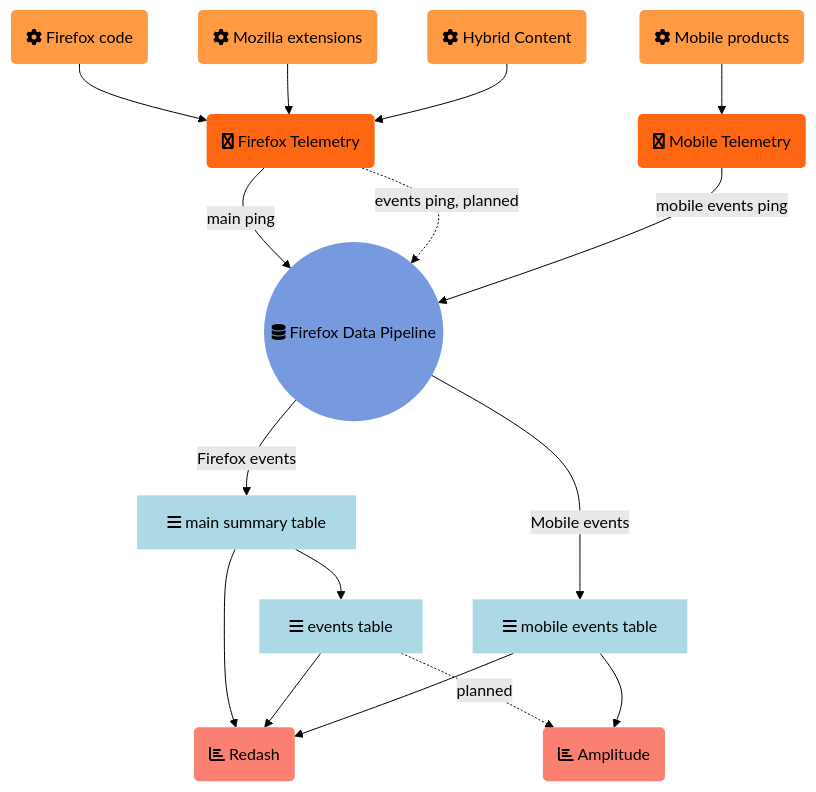
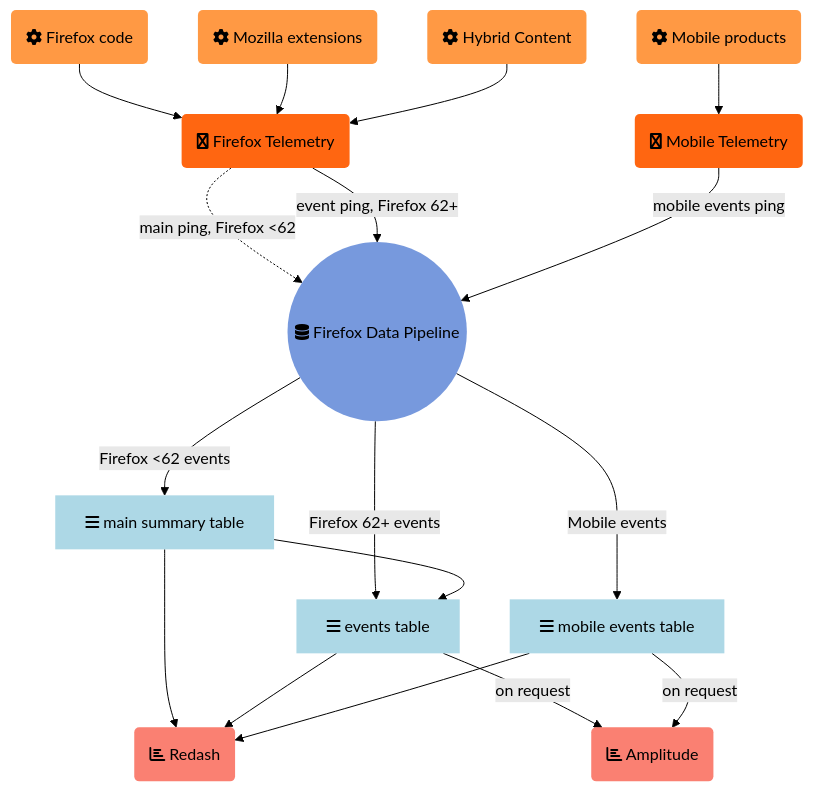
One commit to mozilla/data-docs changed the diagram in src/concepts/pipeline/event_pipeline.md. Above: the diagram before and after it, drawn with Mermaid (forest theme). The commit also changed other lines of this file, not shown here.

Commit message:
Update event pipeline documentation

````diff
--- a/src/concepts/pipeline/event_pipeline.md
+++ b/src/concepts/pipeline/event_pipeline.md
@@ -6,31 +6,32 @@
 ```mermaid
 graph TD
 fx_code(fa:fa-cog Firefox code) --> firefox(fa:fa-firefox Firefox Telemetry)
 fx_extensions(fa:fa-cog Mozilla extensions) --> firefox
 fx_hybrid(fa:fa-cog Hybrid Content) --> firefox
 mobile(fa:fa-cog Mobile products) --> mobile_telemetry(fa:fa-firefox Mobile Telemetry)
-firefox -->|main ping| pipeline((fa:fa-database Firefox Data Pipeline))
-firefox -.->|events ping, planned| pipeline
+firefox -.->|main ping, Firefox <62| pipeline((fa:fa-database Firefox Data Pipeline))
+firefox -->|event ping, Firefox 62+| pipeline
 mobile_telemetry --> |mobile events ping| pipeline
-pipeline -->|Firefox events| main_summary[fa:fa-bars main summary table]
-main_summary --> events_table[fa:fa-bars events table]
+pipeline -->|Firefox <62 events| main_summary[fa:fa-bars main summary table]
+pipeline -->|Firefox 62+ events| events_table[fa:fa-bars events table]
+main_summary --> events_table
 pipeline -->|Mobile events| mobile_events_table[fa:fa-bars mobile events table]
 main_summary --> redash(fa:fa-bar-chart Redash)
 events_table --> redash
-events_table -.->|planned| amplitude(fa:fa-bar-chart Amplitude)
+events_table -->|on request| amplitude(fa:fa-bar-chart Amplitude)
 mobile_events_table --> redash
-mobile_events_table --> amplitude
+mobile_events_table -->|on request| amplitude
 
 style fx_code fill:#f94,stroke-width:0px
 style fx_extensions fill:#f94,stroke-width:0px
 style fx_hybrid fill:#f94,stroke-width:0px
 style mobile fill:#f94,stroke-width:0px
 style firefox fill:#f61,stroke-width:0px
 style mobile_telemetry fill:#f61,stroke-width:0px
 style pipeline fill:#79d,stroke-width:0px
 style main_summary fill:lightblue,stroke-width:0px
 style events_table fill:lightblue,stroke-width:0px
 style mobile_events_table fill:lightblue,stroke-width:0px
 style redash fill:salmon,stroke-width:0px
 style amplitude fill:salmon,stroke-width:0px
 ```
````
